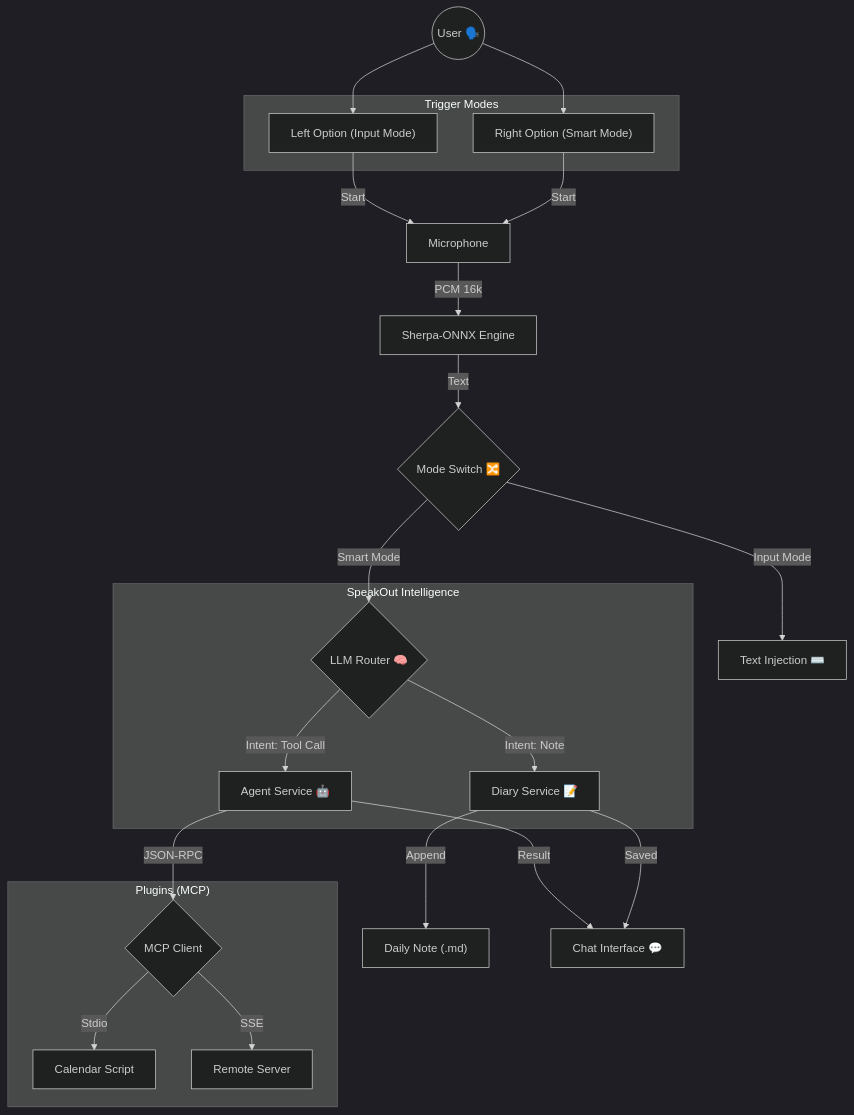
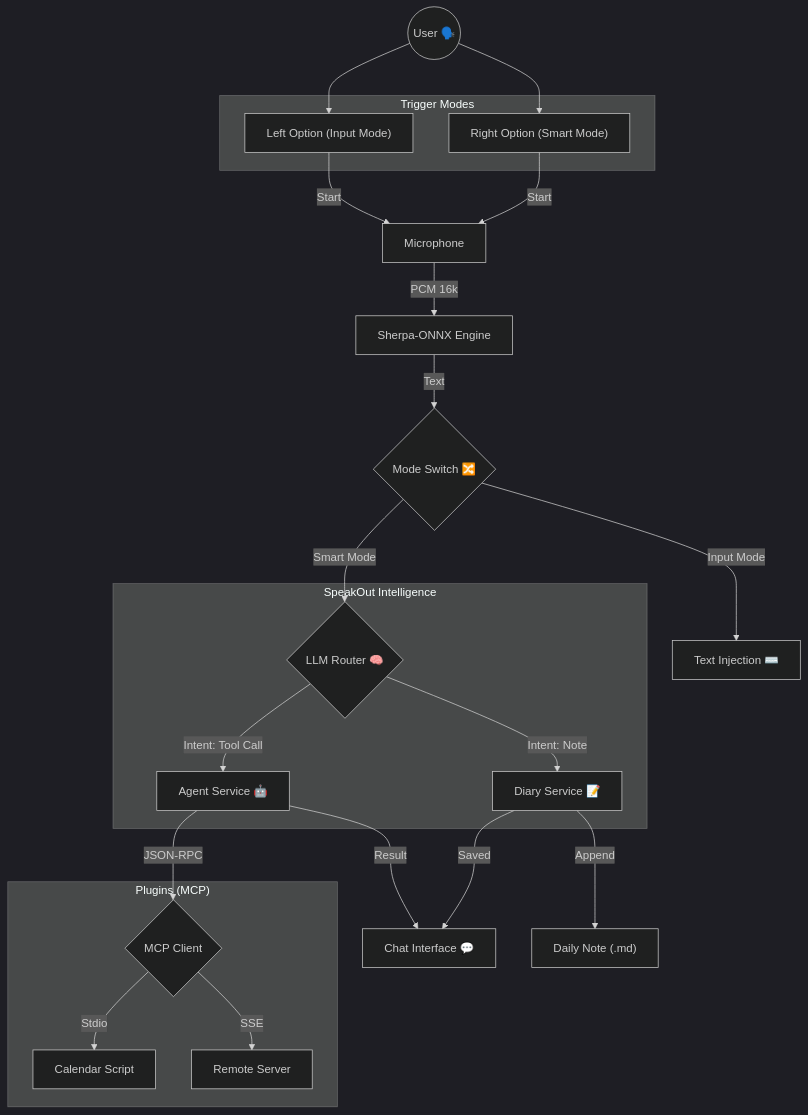
One commit to 4over7/SpeakOut changed the diagram in README.md. Above: the diagram before and after it, drawn with Mermaid (dark theme).

Commit message:
Docs: Optimize Architecture Diagram layout

````diff
--- a/README.md
+++ b/README.md
@@ -159,39 +159,38 @@
 ```mermaid
 graph TD
     User(("User 🗣️")) 
     
     subgraph "Trigger Modes"
         InputKey["Left Option (Input Mode)"]
         SmartKey["Right Option (Smart Mode)"]
     end
 
     User --> InputKey
     User --> SmartKey
     
     InputKey -->|Start| Mic["Microphone"]
     SmartKey -->|Start| Mic
     
     Mic -->|PCM 16k| ASR["Sherpa-ONNX Engine"]
     ASR -->|Text| Switch{"Mode Switch 🔀"}
     
     Switch -->|"Input Mode"| Inject["Text Injection ⌨️"]
     
     Switch -->|"Smart Mode"| Router{"LLM Router 🧠"}
     
     subgraph "SpeakOut Intelligence"
+        Router -->|"Intent: Tool Call"| Agent["Agent Service 🤖"]
         Router -->|"Intent: Note"| Diary["Diary Service 📝"]
-        Router -->|"Intent: Tool Call"| Agent["Agent Service 🤖"]
     end
     
+    Agent -->|Result| ChatUI["Chat Interface 💬"]
+    Diary -->|Saved| ChatUI
     Diary -->|Append| MDFile["Daily Note (.md)"]
     
     Agent -->|JSON-RPC| MCP{MCP Client}
     
     subgraph "Plugins (MCP)"
         MCP -->|Stdio| Python["Calendar Script"]
         MCP -->|SSE| Remote["Remote Server"]
     end
-    
-    Agent -->|Result| ChatUI["Chat Interface 💬"]
-    Diary -->|Saved| ChatUI
 ```
````
